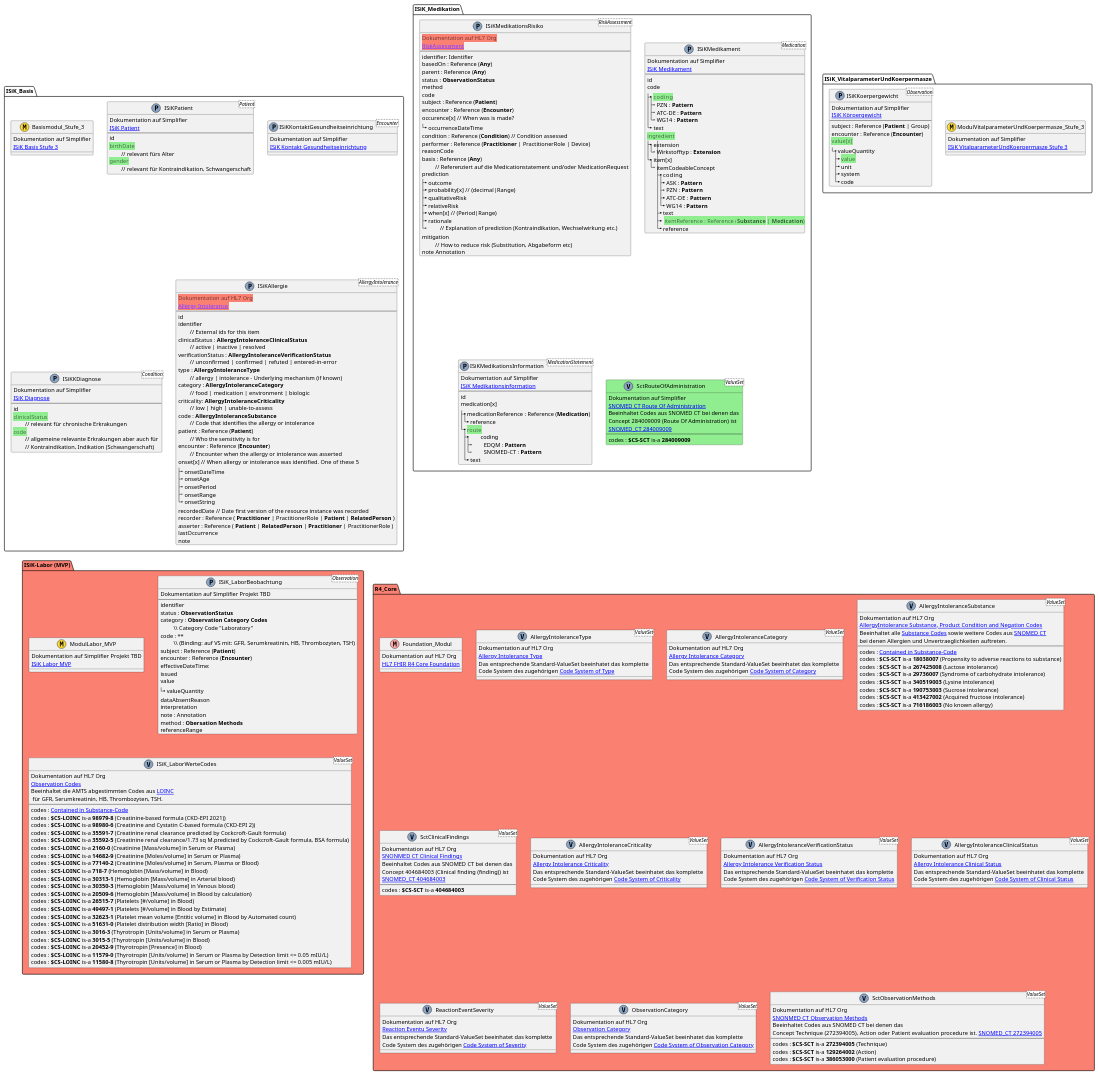
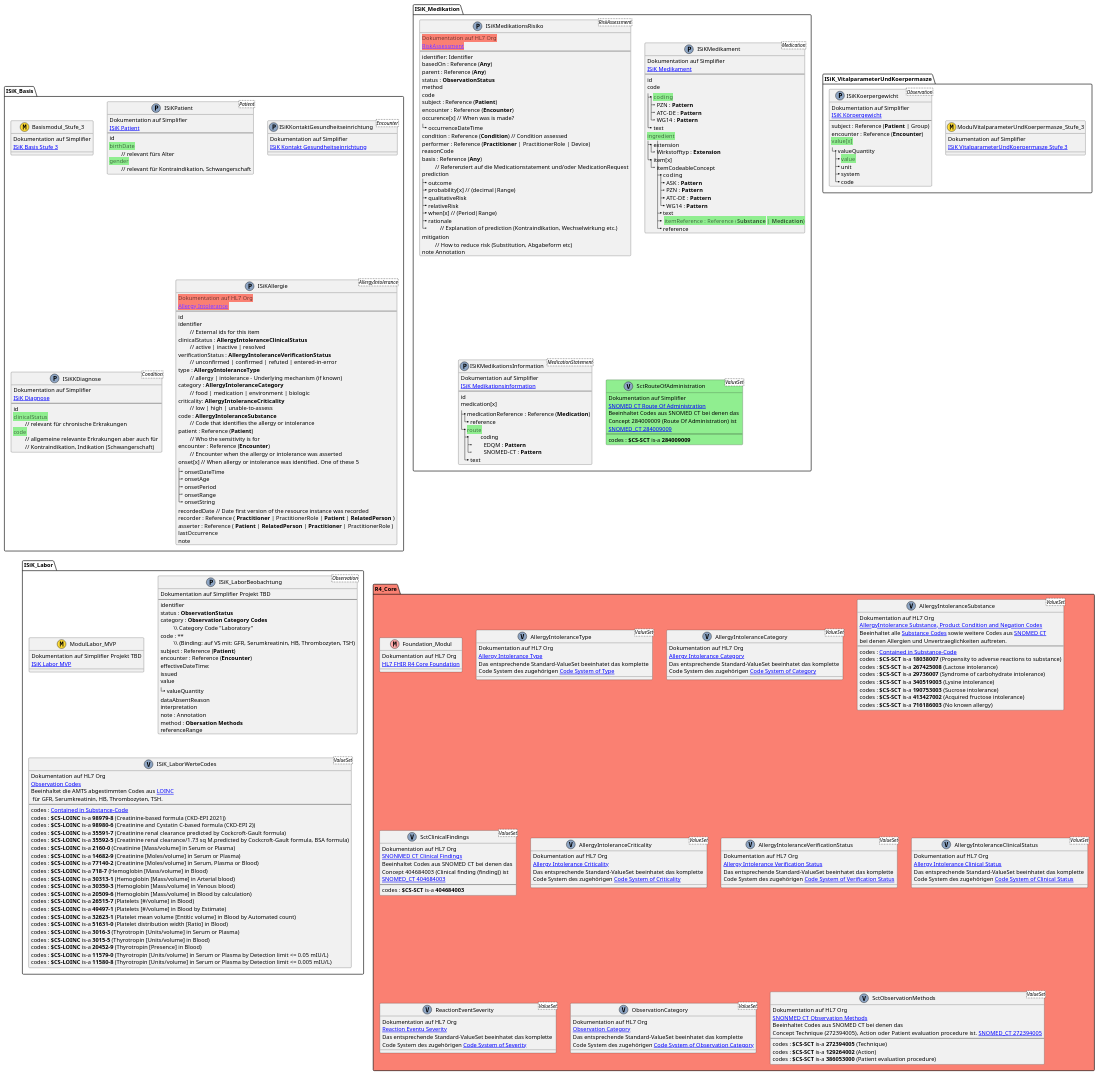
The diagram in Material/images/src/plantuml/amts_infomodell.puml (gematik/spec-ISiK-Medikation), drawn with PlantUML before and after one commit. The commit also changed 1 other file, not shown here.

Commit message:
resource diagram amts

```diff
--- a/Material/images/src/plantuml/amts_infomodell.puml
+++ b/Material/images/src/plantuml/amts_infomodell.puml
@@ -187,10 +187,10 @@
    }
 }
 
-package "ISiK-Labor (MVP)" #Salmon{
+package ISiK_Labor {
     class ModulLabor_MVP <<(M,#FFDC36)>>{
       Dokumentation auf Simplifier Projekt TBD
-      [[https://simplifier.net/isik-labor-v3/~introduction ISiK Labor MVP]]
+      [[https://simplifier.net/isik-labor-v4/~introduction ISiK Labor MVP]]
    }
 
    class ISiK_LaborBeobachtung <Observation><<(P,#8DA5C4)>>{
@@ -337,11 +337,13 @@
       [[https://hl7.org/fhir/R4/valueset-reaction-event-severity.html Reaction Eventu Severity]]
       Das entsprechende Standard-ValueSet beeinhatet das komplette \nCode System des zugehörigen [[https://hl7.org/fhir/R4/codesystem-reaction-event-severity.html Code System of Severity]]
    }
+
    class ObservationCategory <ValueSet><<(V,#8DA5C4)>>{
       Dokumentation auf HL7 Org 
       [[https://hl7.org/fhir/R4/valueset-observation-category.html Observation Category]]
       Das entsprechende Standard-ValueSet beeinhatet das komplette \nCode System des zugehörigen [[https://hl7.org/fhir/R4/codesystem-observation-category.html Code System of Observation Category]]
    }
+
    class SctObservationMethods <ValueSet><<(V,#8DA5C4)>>{
       Dokumentation auf HL7 Org 
       [[https://hl7.org/fhir/R4/valueset-observation-methods.html SNONMED CT Observation Methods]]
```
